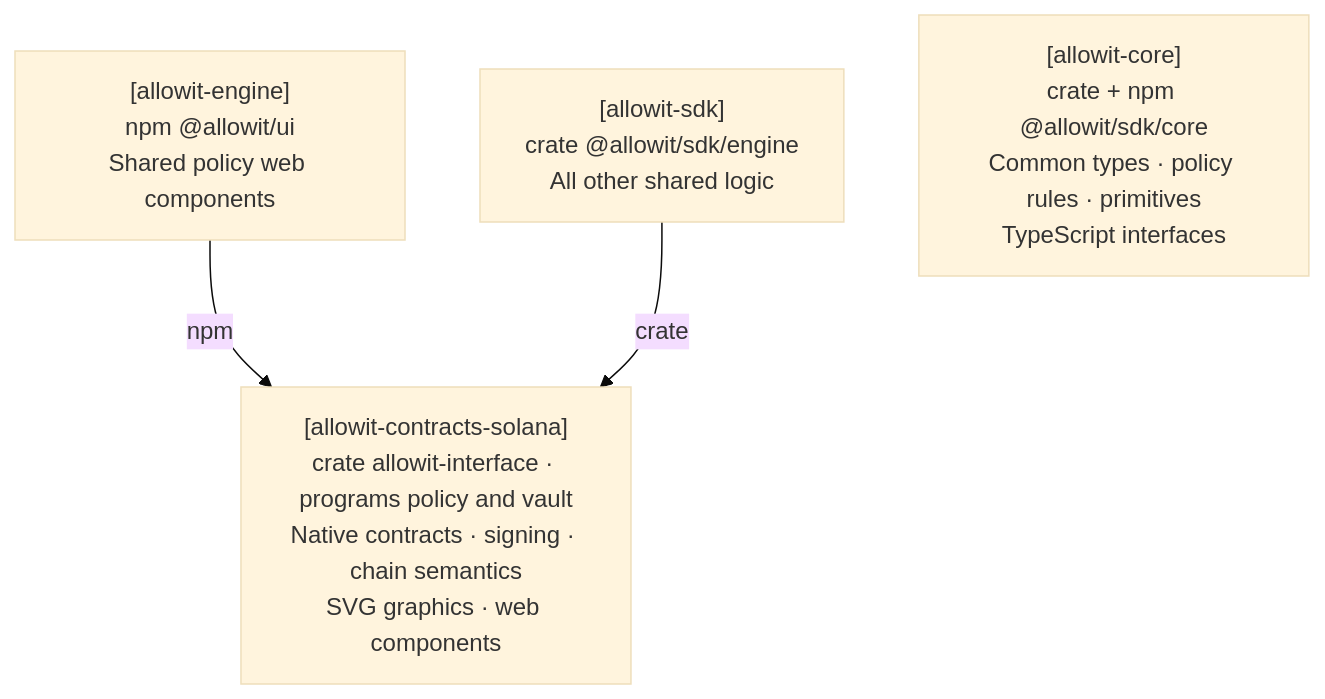
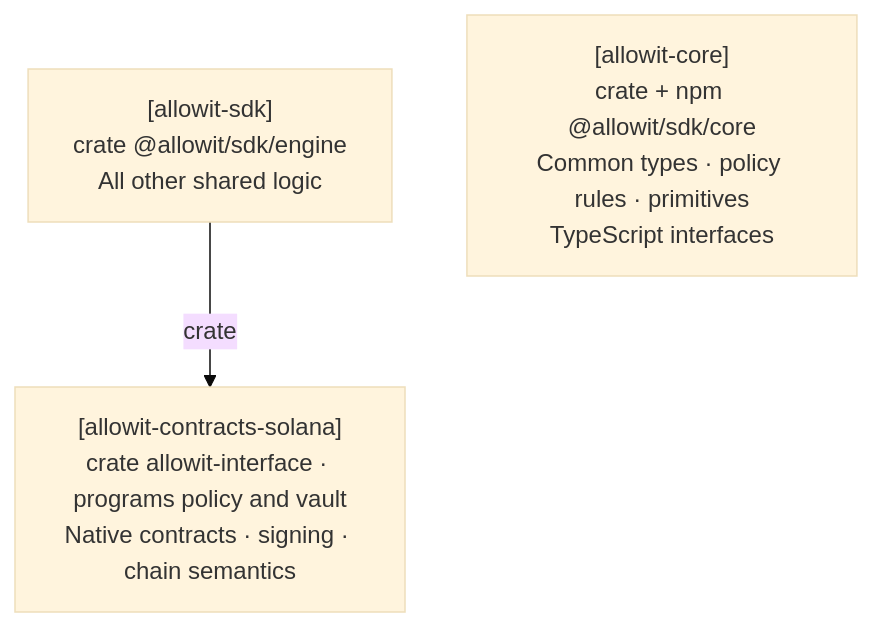
The second of 2 diagrams in README.md (allowit-hq/allowit-contracts-solana), drawn with Mermaid (base theme) before and after one commit. The commit also changed 3 other files, not shown here.

````diff
--- a/README.md
+++ b/README.md
@@ -204,10 +204,8 @@
 ```mermaid
 flowchart TB
-    UI["[allowit-engine]<br/>npm @allowit/ui<br/>Shared policy web components"]
     Engine["[allowit-sdk]<br/>crate @allowit/sdk/engine<br/>All other shared logic"]
-    Vendor["[allowit-contracts-solana]<br/>crate allowit-interface · programs policy and vault<br/>Native contracts · signing · chain semantics<br/>SVG graphics · web components"]
+    Vendor["[allowit-contracts-solana]<br/>crate allowit-interface · programs policy and vault<br/>Native contracts · signing · chain semantics"]
     Core["[allowit-core]<br/>crate + npm @allowit/sdk/core<br/>Common types · policy rules · primitives<br/>TypeScript interfaces"]
 
-    UI -->|npm| Vendor
     Engine -->|crate| Vendor
 ```
````
